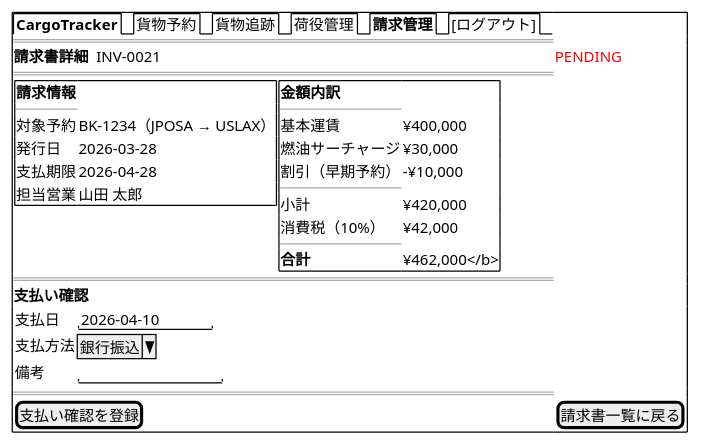
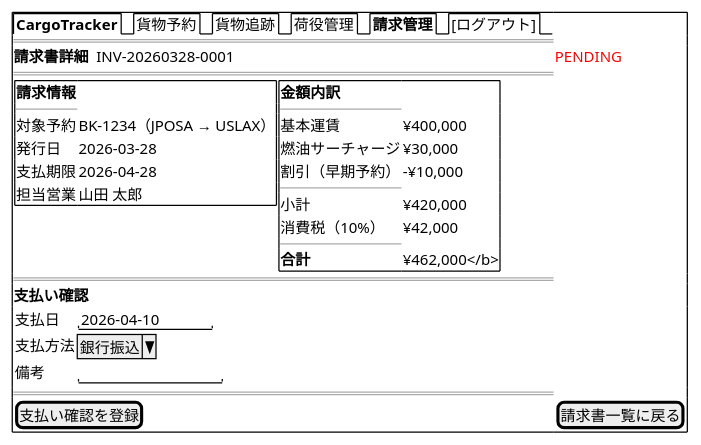
One commit to k2works/case-study-cargo-tracker changed diagram 15 of 18 in docs/design/ui_design.md. Above: the diagram before and after it, drawn with PlantUML. The commit also changed other lines of this file and 5 other files, not shown here.

````diff
--- a/docs/design/ui_design.md
+++ b/docs/design/ui_design.md
@@ -863,41 +863,41 @@
 ```plantuml
 @startsalt
 {+
   {/ <b>CargoTracker</b> | 貨物予約 | 貨物追跡 | 荷役管理 | <b>請求管理</b> | [ログアウト] }
   ==
-  <b>請求書詳細</b>  INV-0021  |  <color:red>PENDING</color>
+  <b>請求書詳細</b>  INV-20260328-0001  |  <color:red>PENDING</color>
   ==
   {
     {+
       <b>請求情報</b>
       ----
       対象予約   | BK-1234（JPOSA → USLAX）
       発行日     | 2026-03-28
       支払期限   | 2026-04-28
       担当営業   | 山田 太郎
     } |
     {+
       <b>金額内訳</b>
       ----
       基本運賃   | ¥400,000
       燃油サーチャージ | ¥30,000
       割引（早期予約） | -¥10,000
       ----
       小計       | ¥420,000
       消費税（10%）   | ¥42,000
       ----
       <b>合計     | ¥462,000</b>
     }
   }
   ==
   <b>支払い確認</b>
   {
     支払日    | "2026-04-10   "
     支払方法  | ^銀行振込^
     備考      | "              "
   }
   ==
   [支払い確認を登録] | [請求書一覧に戻る]
 }
 @endsalt
 ```
````
